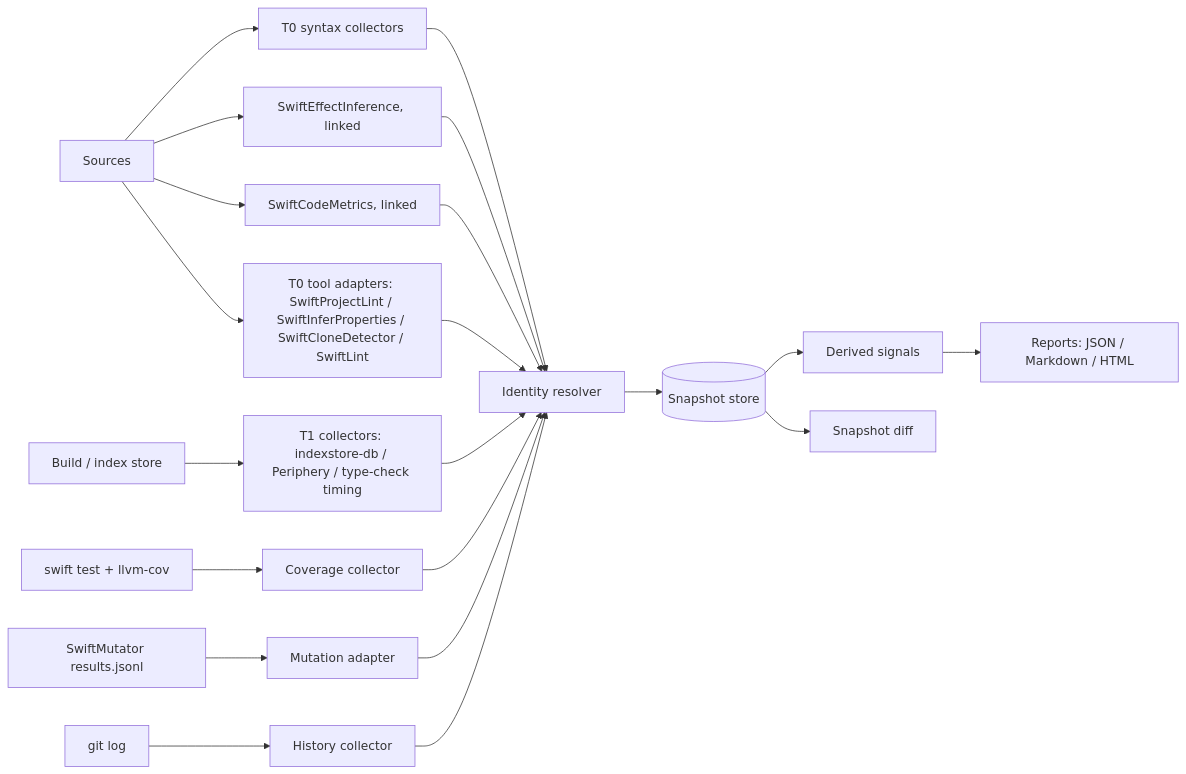
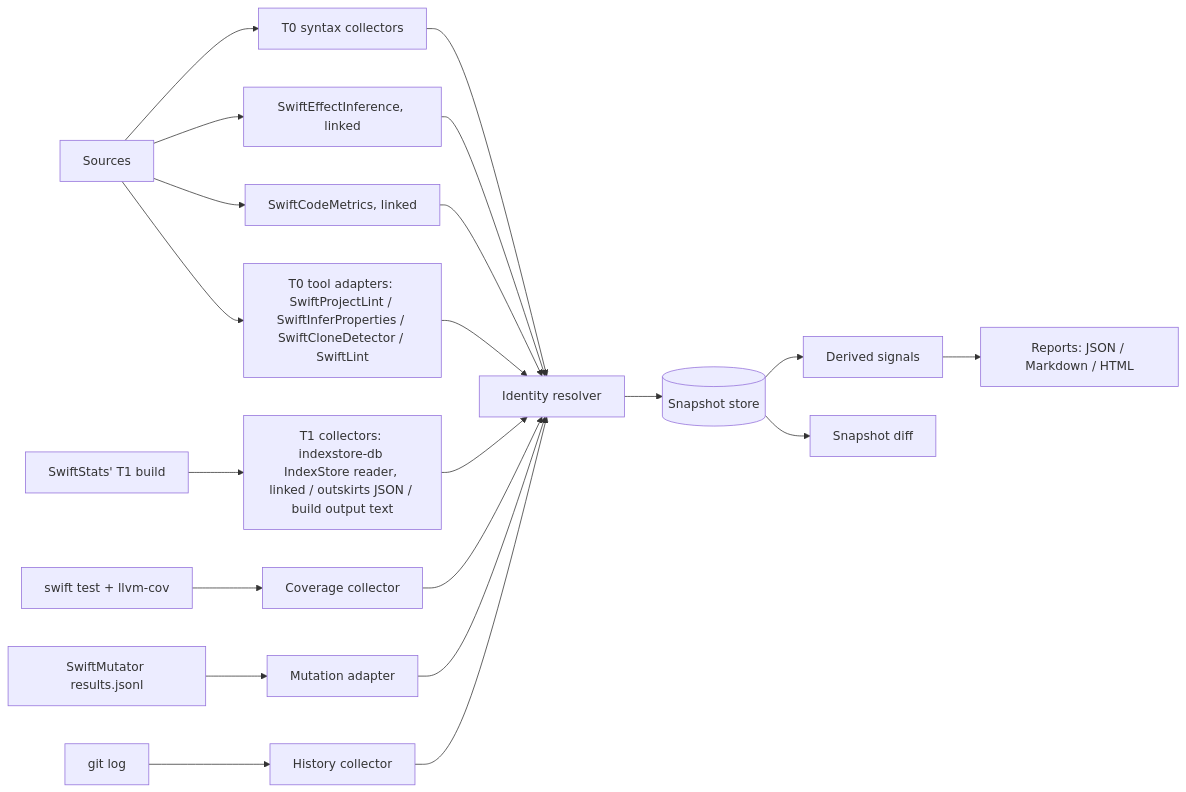
The diagram in Docs/PRD.md (Joseph-Cursio/SwiftStats), drawn with Mermaid before and after one commit. The commit also changed other lines of this file and 1 other file, not shown here.

````diff
--- a/Docs/PRD.md
+++ b/Docs/PRD.md
@@ -703,16 +800,16 @@
 ```mermaid
 flowchart LR
     SRC[Sources] --> T0[T0 syntax collectors]
     SRC --> SEI[SwiftEffectInference, linked]
     SRC --> SCM[SwiftCodeMetrics, linked]
     SRC --> AD[T0 tool adapters: SwiftProjectLint / SwiftInferProperties / SwiftCloneDetector / SwiftLint]
-    BUILD[Build / index store] --> T1[T1 collectors: indexstore-db / Periphery / type-check timing]
+    BUILD[SwiftStats' T1 build] --> T1[T1 collectors: indexstore-db IndexStore reader, linked / outskirts JSON / build output text]
     TESTS[swift test + llvm-cov] --> T2[Coverage collector]
     MUT[SwiftMutator results.jsonl] --> T3[Mutation adapter]
     GIT[git log] --> TH[History collector]
     T0 & SEI & SCM & AD & T1 & T2 & T3 & TH --> ID[Identity resolver]
     ID --> STORE[(Snapshot store)]
     STORE --> DER[Derived signals]
     DER --> REP[Reports: JSON / Markdown / HTML]
     STORE --> DIFF[Snapshot diff]
 ```
````
